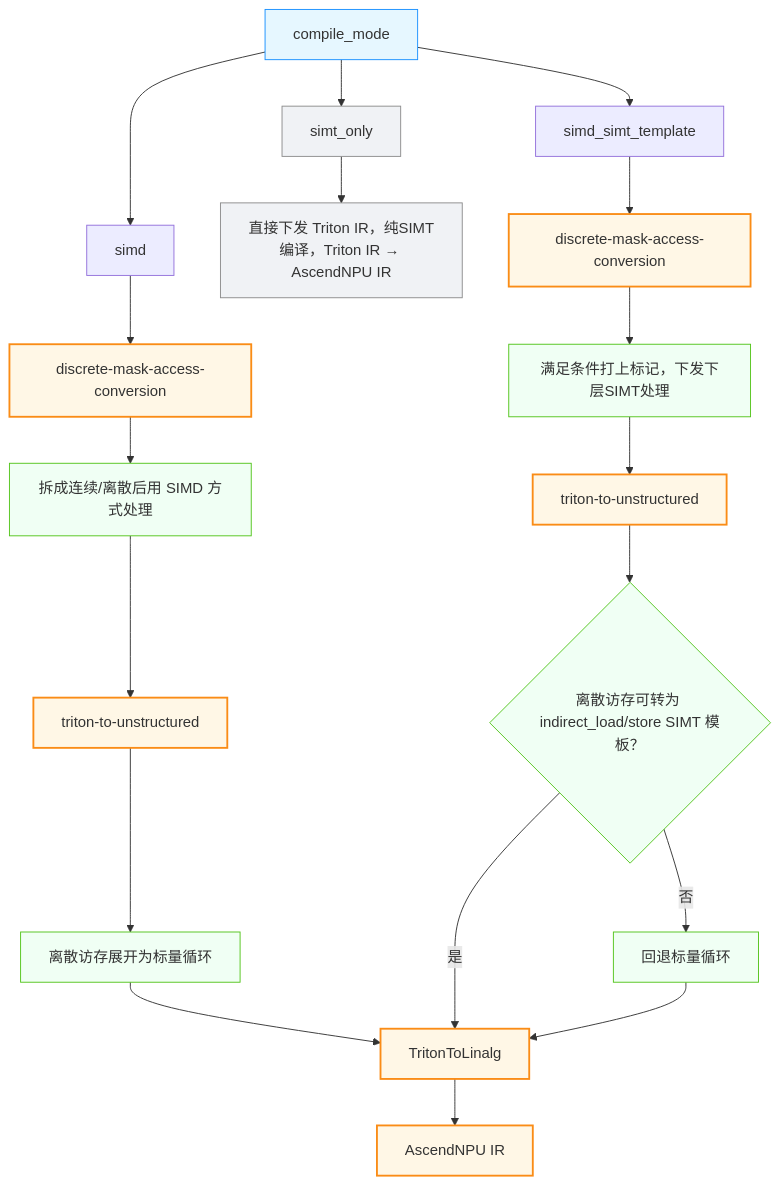
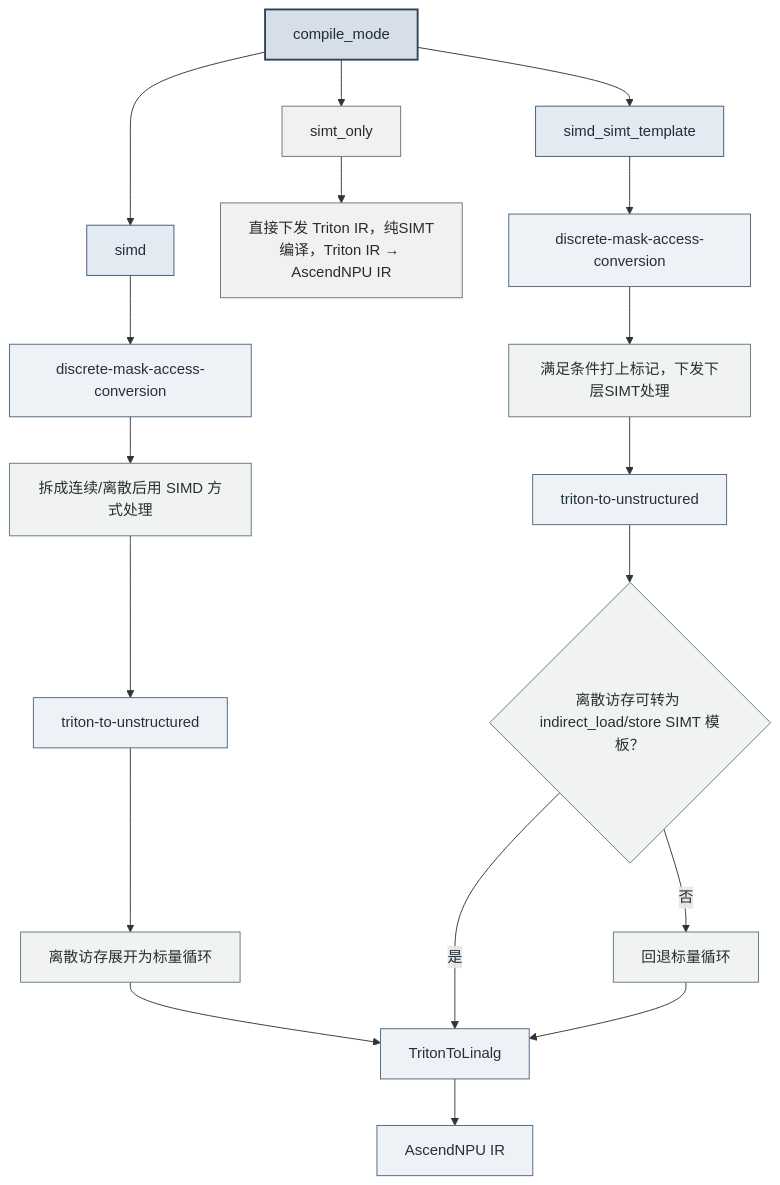
One commit to Geofeng12138/triton-ascend changed the diagram in docs/zh/architecture_design_and_core_features.md. Above: the diagram before and after it, drawn with Mermaid. The commit also changed other lines of this file and 3 other files, not shown here.

Commit message:
[docs](fix) Architecture Design Document Structure Optimization (#2467)

````diff
--- a/docs/zh/architecture_design_and_core_features.md
+++ b/docs/zh/architecture_design_and_core_features.md
@@ -245,38 +248,40 @@
 ```mermaid
 flowchart TD
     A[compile_mode] --> B["simd"]
     A --> C["simd_simt_template"]
     A --> D["simt_only"]
 
     %% simt_only 分支
     D --> D1[直接下发 Triton IR，纯SIMT编译，Triton IR → AscendNPU IR]
 
     %% simd 完整链路
     B --> B1[discrete-mask-access-conversion]
     B1 --> B2[拆成连续/离散后用 SIMD 方式处理]
     B2 --> B3[triton-to-unstructured]
     B3 --> B4[离散访存展开为标量循环]
     B4 --> B5[TritonToLinalg]
     B5 --> B6[AscendNPU IR]
 
     %% simd_simt_template 完整链路
     C --> C1[discrete-mask-access-conversion]
     C1 --> C2[满足条件打上标记，下发下层SIMT处理]
     C2 --> C3[triton-to-unstructured]
     C3 --> C4{离散访存可转为 indirect_load/store SIMT 模板？}
     C4 -- 是 --> B5
     C4 -- 否 --> C5[回退标量循环]
     C5 --> B5
 
-    %% 样式定义
-    classDef root fill:#e6f7ff,stroke:#1890ff
-    classDef pass fill:#fff7e6,stroke:#fa8c16,stroke-width:2px
-    classDef logic fill:#f0fff4,stroke:#52c41a
-    classDef simtOnly fill:#f0f2f5,stroke:#8c8c8c
+    %% 样式定义（低饱和度钢蓝 / 青灰 / 中性灰，稳重严肃）
+    classDef root fill:#d6dee8,stroke:#2c4257,stroke-width:2px,color:#1f2d3d
+    classDef mode fill:#e4eaf1,stroke:#3c5872,color:#1f2d3d
+    classDef pass fill:#eef2f6,stroke:#4d6580,color:#23303d
+    classDef logic fill:#f0f3f2,stroke:#5f7a72,color:#26322d
+    classDef simtOnly fill:#f1f1f1,stroke:#707070,color:#2b2b2b
 
     %% 绑定样式
     class A root
+    class B,C mode
     class B1,C1,B3,C3,B5,B6 pass
     class B2,B4,C2,C4,C5 logic
     class D,D1 simtOnly
 ```
````
